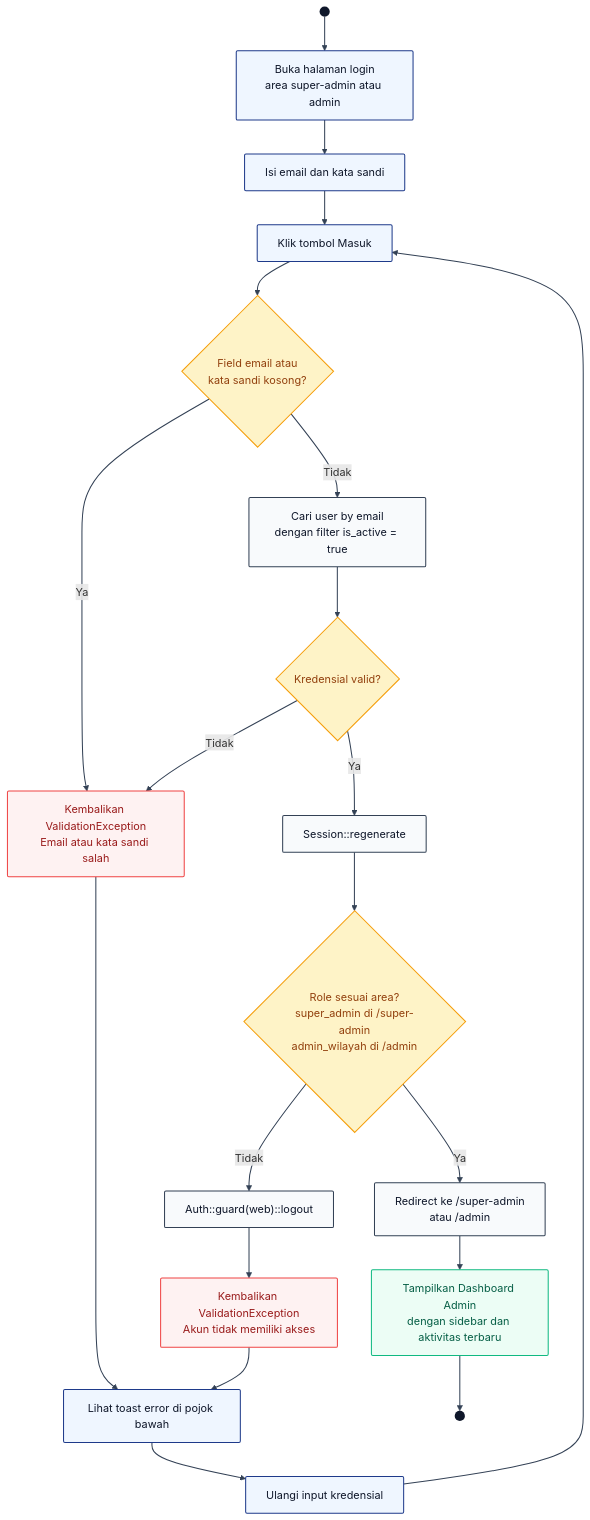
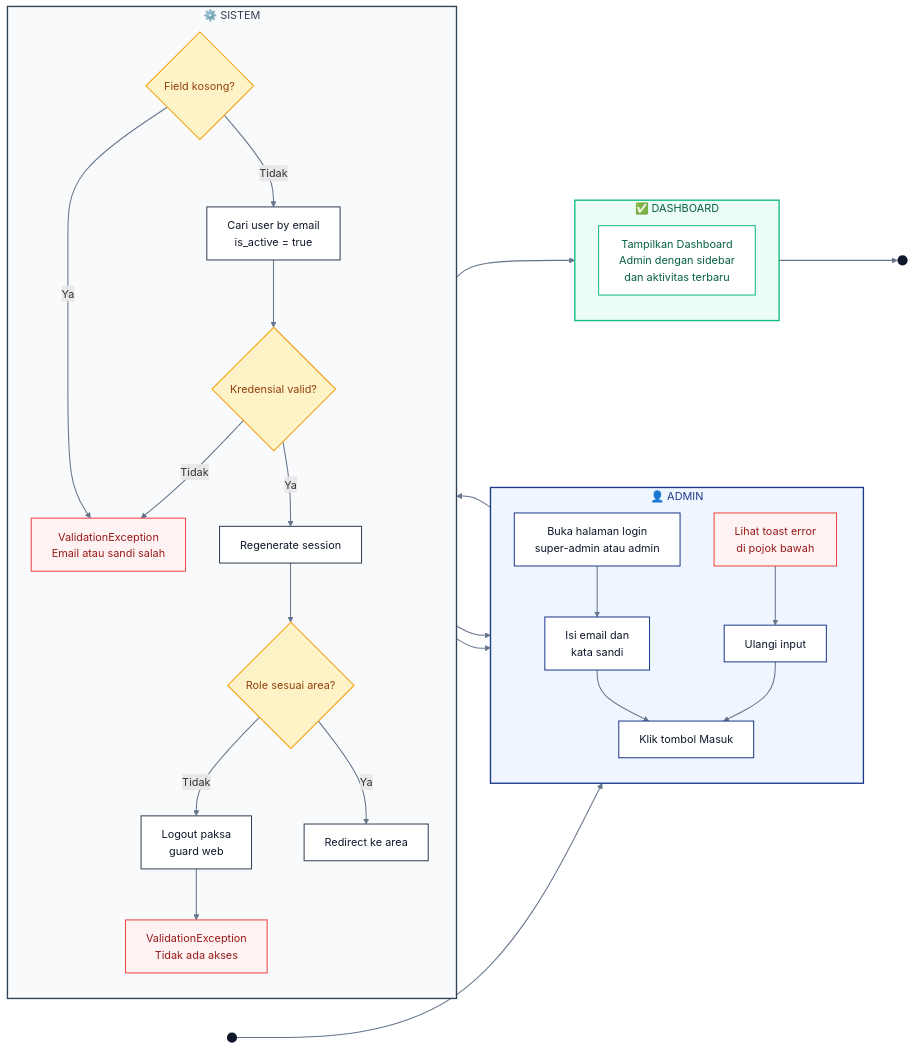
The diagram in docs/activity-diagrams/01-login-admin.md (radacore/absensi-pu), drawn with Mermaid before and after one commit. The commit also changed other lines of this file, not shown here.

Commit message:
docs(diagram): rombak jadi swimlane vertikal dengan header kolom
pindah dari flowchart TB ke flowchart LR dengan subgraph sebagai
kolom swimlane, setiap subgraph pakai direction TB supaya isinya
tetap mengalir top-bottom di dalam kolom masing-masing

kolom Admin biru, Sistem abu-abu, Dashboard hijau, dengan header
ikon emoji dan warna border kolom yang berbeda supaya mudah
dibedakan aktor pemilik aktivitas

start dan end lingkaran hitam pekat di luar kolom, node dalam
kolom dengan warna fill putih plus border sesuai kategori aksi
aktor, sistem, keputusan kuning, error merah, sukses hijau

file 01-login-admin.md dipakai lagi sebagai contoh sebelum
diterapkan ke 23 diagram lainnya

````diff
--- a/docs/activity-diagrams/01-login-admin.md
+++ b/docs/activity-diagrams/01-login-admin.md
@@ -11,54 +11,71 @@
 ```mermaid
-flowchart TB
-    Start(( )):::startEnd
+flowchart LR
+    Start(( )):::se
 
-    A1["Buka halaman login<br/>area super-admin atau admin"]:::actor
-    A2["Isi email dan kata sandi"]:::actor
-    A3["Klik tombol Masuk"]:::actor
+    subgraph LaneAdmin["👤 ADMIN"]
+        direction TB
+        A1["Buka halaman login<br/>super-admin atau admin"]
+        A2["Isi email dan<br/>kata sandi"]
+        A3["Klik tombol Masuk"]
+        A4["Lihat toast error<br/>di pojok bawah"]
+        A5["Ulangi input"]
+    end
 
-    S1{"Field email atau<br/>kata sandi kosong?"}:::decision
-    S2["Cari user by email<br/>dengan filter is_active = true"]:::system
-    S3{"Kredensial valid?"}:::decision
-    S4["Session::regenerate"]:::system
-    S5{"Role sesuai area?<br/>super_admin di /super-admin<br/>admin_wilayah di /admin"}:::decision
-    S6["Auth::guard(web)::logout"]:::system
-    S7["Redirect ke /super-admin<br/>atau /admin"]:::system
-    S8["Kembalikan ValidationException<br/>Akun tidak memiliki akses"]:::error
-    S9["Kembalikan ValidationException<br/>Email atau kata sandi salah"]:::error
+    subgraph LaneSistem["⚙️ SISTEM"]
+        direction TB
+        S1{"Field kosong?"}
+        S2["Cari user by email<br/>is_active = true"]
+        S3{"Kredensial valid?"}
+        S4["Regenerate session"]
+        S5{"Role sesuai area?"}
+        S6["Logout paksa<br/>guard web"]
+        S7["Redirect ke area"]
+        S8["ValidationException<br/>Tidak ada akses"]
+        S9["ValidationException<br/>Email atau sandi salah"]
+    end
 
-    A4["Lihat toast error di pojok bawah"]:::actor
-    A5["Ulangi input kredensial"]:::actor
+    subgraph LaneDash["✅ DASHBOARD"]
+        direction TB
+        D1["Tampilkan Dashboard<br/>Admin dengan sidebar<br/>dan aktivitas terbaru"]
+    end
 
-    D1["Tampilkan Dashboard Admin<br/>dengan sidebar dan aktivitas terbaru"]:::success
-
-    End(( )):::startEnd
+    End(( )):::se
 
     Start --> A1
-    A1 --> A2
-    A2 --> A3
-    A3 --> S1
+    A1 --> A2 --> A3 --> S1
     S1 -->|Ya| S9
-    S1 -->|Tidak| S2
-    S2 --> S3
+    S1 -->|Tidak| S2 --> S3
     S3 -->|Tidak| S9
-    S3 -->|Ya| S4
-    S4 --> S5
-    S5 -->|Tidak| S6
-    S6 --> S8
-    S5 -->|Ya| S7
-    S7 --> D1
-    D1 --> End
+    S3 -->|Ya| S4 --> S5
+    S5 -->|Tidak| S6 --> S8
+    S5 -->|Ya| S7 --> D1 --> End
     S8 --> A4
     S9 --> A4
-    A4 --> A5
-    A5 --> A3
+    A4 --> A5 --> A3
 
-    classDef startEnd fill:#0F172A,stroke:#0F172A,stroke-width:0px,color:#fff
-    classDef actor fill:#EFF6FF,stroke:#1E3A8A,stroke-width:1.5px,color:#0F172A,rx:2,ry:2
-    classDef system fill:#F8FAFC,stroke:#334155,stroke-width:1.5px,color:#0F172A,rx:2,ry:2
-    classDef decision fill:#FEF3C7,stroke:#F59E0B,stroke-width:1.5px,color:#92400E,rx:2,ry:2
-    classDef error fill:#FEF2F2,stroke:#EF4444,stroke-width:1.5px,color:#991B1B,rx:2,ry:2
-    classDef success fill:#ECFDF5,stroke:#10B981,stroke-width:1.5px,color:#065F46,rx:2,ry:2
+    classDef se fill:#0F172A,stroke:#0F172A,color:#fff,stroke-width:0px
 
-    linkStyle default stroke:#334155,stroke-width:1.5px
+    style LaneAdmin fill:#EFF6FF,stroke:#1E3A8A,stroke-width:2px,color:#1E3A8A
+    style LaneSistem fill:#F8FAFC,stroke:#334155,stroke-width:2px,color:#334155
+    style LaneDash fill:#ECFDF5,stroke:#10B981,stroke-width:2px,color:#065F46
+
+    style A1 fill:#fff,stroke:#1E3A8A,stroke-width:1.5px,color:#0F172A
+    style A2 fill:#fff,stroke:#1E3A8A,stroke-width:1.5px,color:#0F172A
+    style A3 fill:#fff,stroke:#1E3A8A,stroke-width:1.5px,color:#0F172A
+    style A4 fill:#FEF2F2,stroke:#EF4444,stroke-width:1.5px,color:#991B1B
+    style A5 fill:#fff,stroke:#1E3A8A,stroke-width:1.5px,color:#0F172A
+
+    style S1 fill:#FEF3C7,stroke:#F59E0B,stroke-width:1.5px,color:#92400E
+    style S2 fill:#fff,stroke:#334155,stroke-width:1.5px,color:#0F172A
+    style S3 fill:#FEF3C7,stroke:#F59E0B,stroke-width:1.5px,color:#92400E
+    style S4 fill:#fff,stroke:#334155,stroke-width:1.5px,color:#0F172A
+    style S5 fill:#FEF3C7,stroke:#F59E0B,stroke-width:1.5px,color:#92400E
+    style S6 fill:#fff,stroke:#334155,stroke-width:1.5px,color:#0F172A
+    style S7 fill:#fff,stroke:#334155,stroke-width:1.5px,color:#0F172A
+    style S8 fill:#FEF2F2,stroke:#EF4444,stroke-width:1.5px,color:#991B1B
+    style S9 fill:#FEF2F2,stroke:#EF4444,stroke-width:1.5px,color:#991B1B
+
+    style D1 fill:#fff,stroke:#10B981,stroke-width:1.5px,color:#065F46
+
+    linkStyle default stroke:#64748B,stroke-width:1.5px
 ```
````
